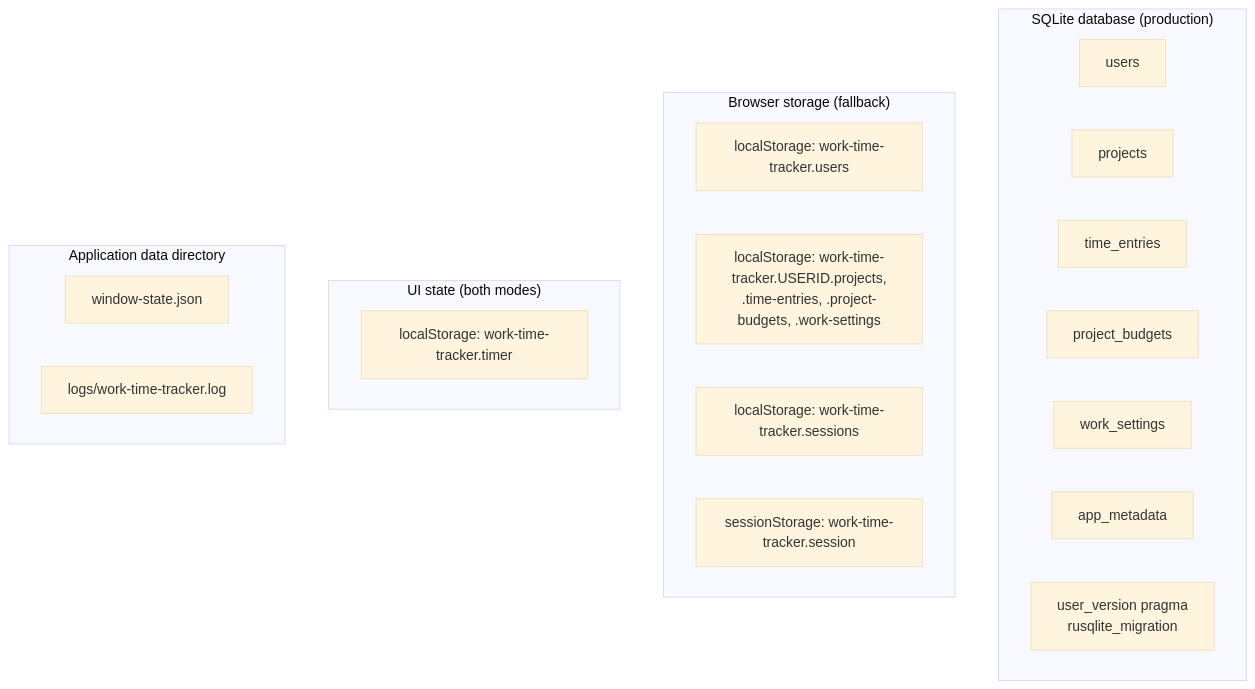
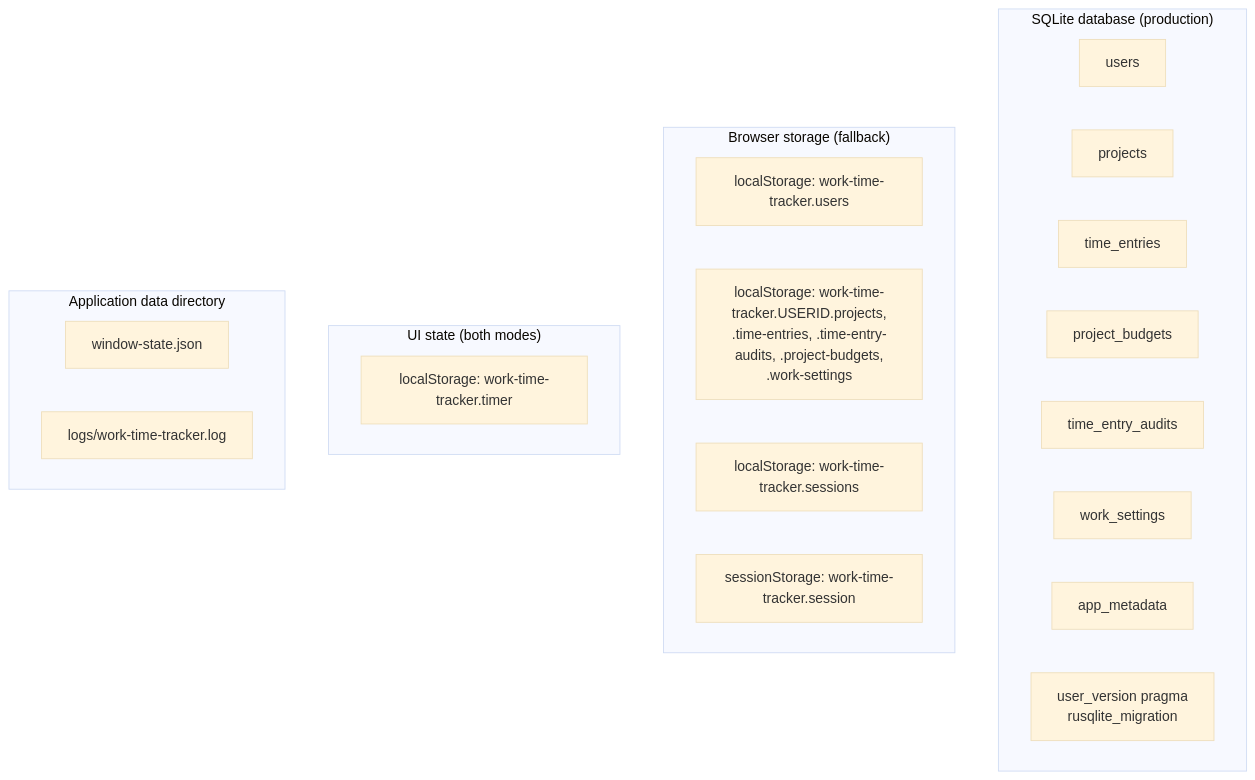
One commit to serious6/WorkTimeTracker changed the second of 3 diagrams in docs/data-model.md. Above: the diagram before and after it, drawn with Mermaid (base theme). The commit also changed other lines of this file and 2 other files, not shown here.

Commit message:
Document working time compliance and cover it with e2e tests

````diff
--- a/docs/data-model.md
+++ b/docs/data-model.md
@@ -33,28 +33,29 @@
 ```mermaid
 flowchart TB
   subgraph sqlite["SQLite database (production)"]
     users_t["users"]
     projects_t["projects"]
     entries_t["time_entries"]
     budgets_t["project_budgets"]
+    audits_t["time_entry_audits"]
     settings_t["work_settings"]
     meta_t["app_metadata"]
     version_t["user_version pragma<br/>rusqlite_migration"]
   end
 
   subgraph browser["Browser storage (fallback)"]
     ls_users["localStorage: work-time-tracker.users"]
-    ls_scoped["localStorage: work-time-tracker.USERID.projects,<br/>.time-entries, .project-budgets, .work-settings"]
+    ls_scoped["localStorage: work-time-tracker.USERID.projects,<br/>.time-entries, .time-entry-audits, .project-budgets,<br/>.work-settings"]
     ls_sessions["localStorage: work-time-tracker.sessions"]
     ss_session["sessionStorage: work-time-tracker.session"]
   end
 
   subgraph ui["UI state (both modes)"]
     ls_timer["localStorage: work-time-tracker.timer"]
   end
 
   subgraph fs["Application data directory"]
     win["window-state.json"]
     log["logs/work-time-tracker.log"]
   end
 ```
````
